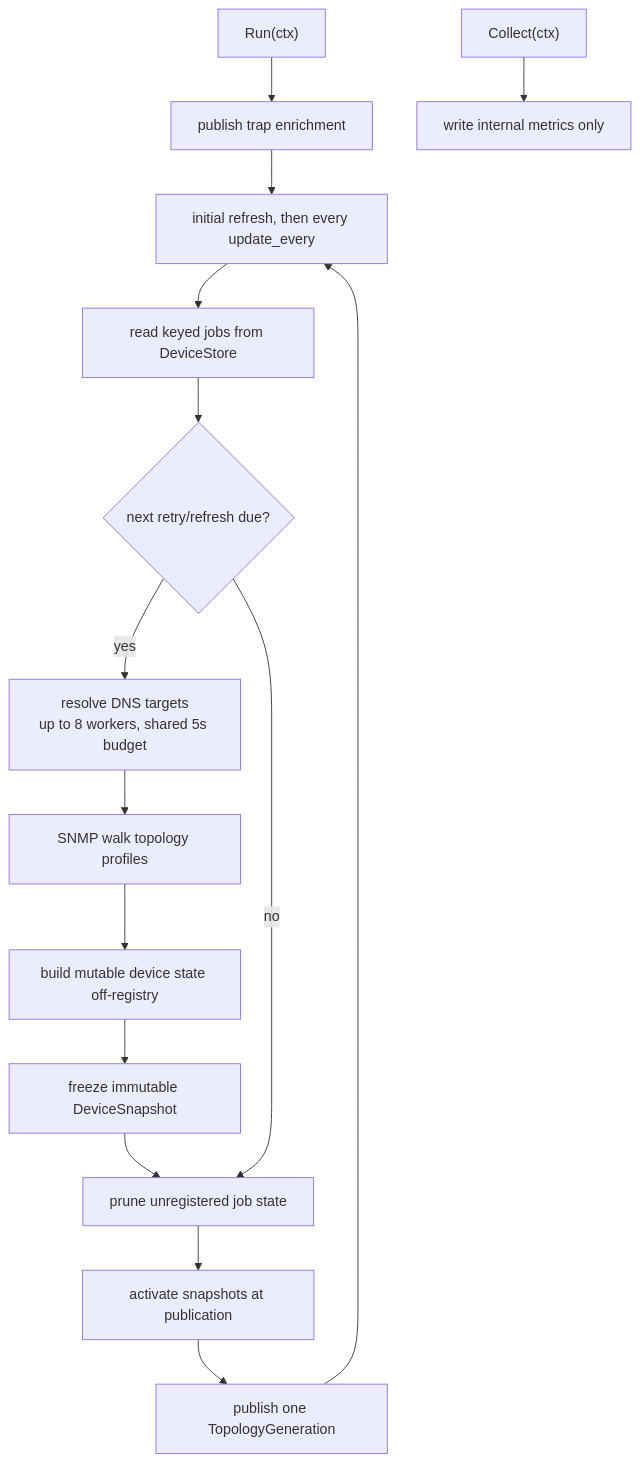
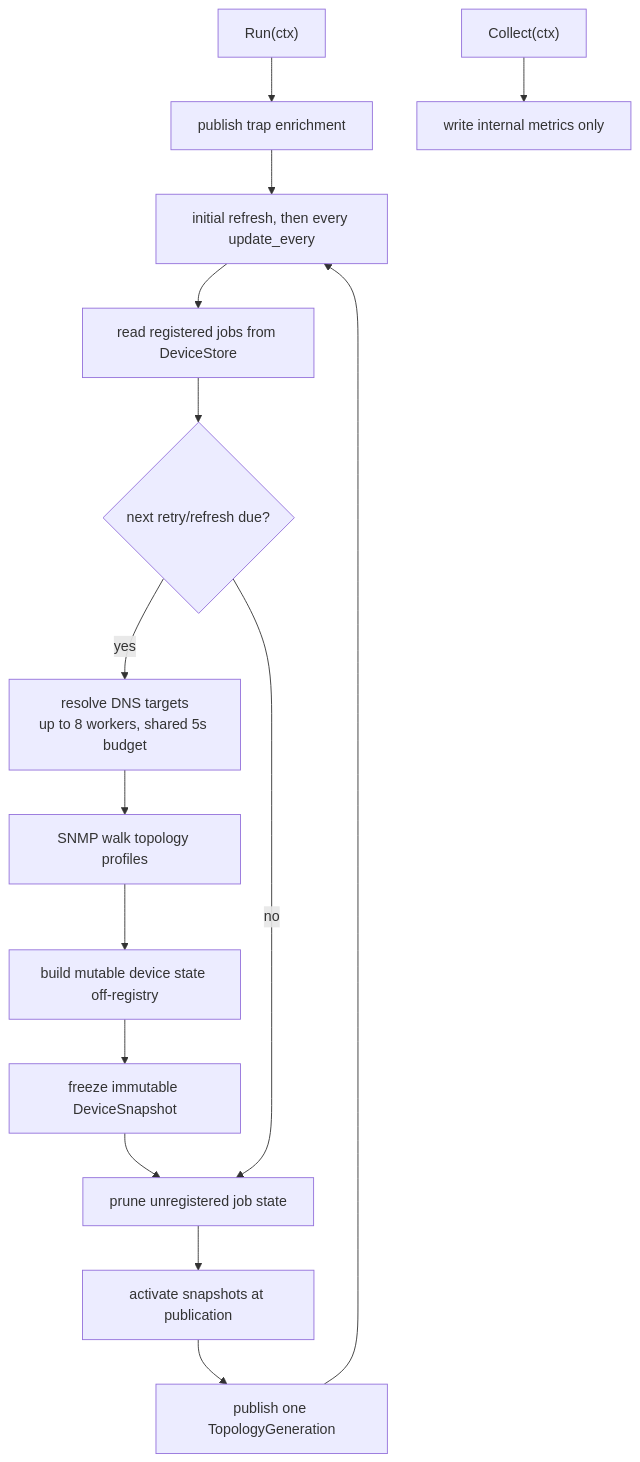
Before and after one commit to netdata/netdata: the second of 3 diagrams in src/go/plugin/go.d/collector/snmp_topology/ARCHITECTURE.md, drawn with Mermaid. The commit also changed other lines of this file and 13 other files, not shown here.

````diff
--- a/src/go/plugin/go.d/collector/snmp_topology/ARCHITECTURE.md
+++ b/src/go/plugin/go.d/collector/snmp_topology/ARCHITECTURE.md
@@ -67,22 +67,22 @@
 ```mermaid
 flowchart TD
     Run["Run(ctx)"]
     TrapPublish["publish trap enrichment"]
     Tick["initial refresh, then every update_every"]
-    Devices["read keyed jobs from DeviceStore"]
+    Devices["read registered jobs from DeviceStore"]
     Fresh{"next retry/refresh due?"}
     Resolve["resolve DNS targets<br/>up to 8 workers, shared 5s budget"]
     Walk["SNMP walk topology profiles"]
     Next["build mutable device state off-registry"]
     Freeze["freeze immutable DeviceSnapshot"]
     Activate["activate snapshots at publication"]
     GenPublish["publish one TopologyGeneration"]
     Prune["prune unregistered job state"]
     Collect["Collect(ctx)"]
     Metrics["write internal metrics only"]
 
     Run --> TrapPublish --> Tick --> Devices --> Fresh
     Fresh -->|"yes"| Resolve --> Walk --> Next --> Freeze --> Prune --> Activate --> GenPublish --> Tick
     Fresh -->|"no"| Prune
     Collect --> Metrics
 ```
````
